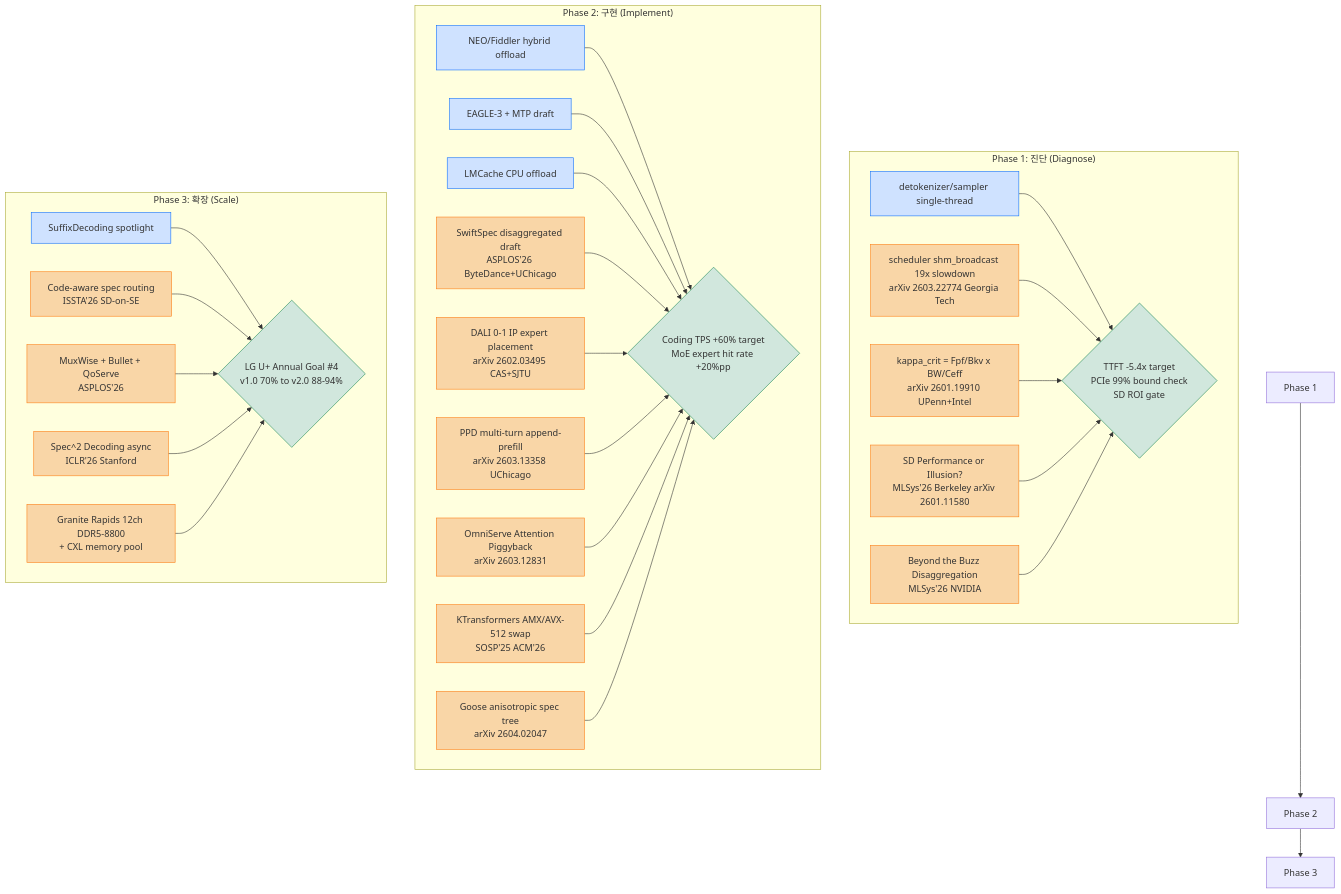
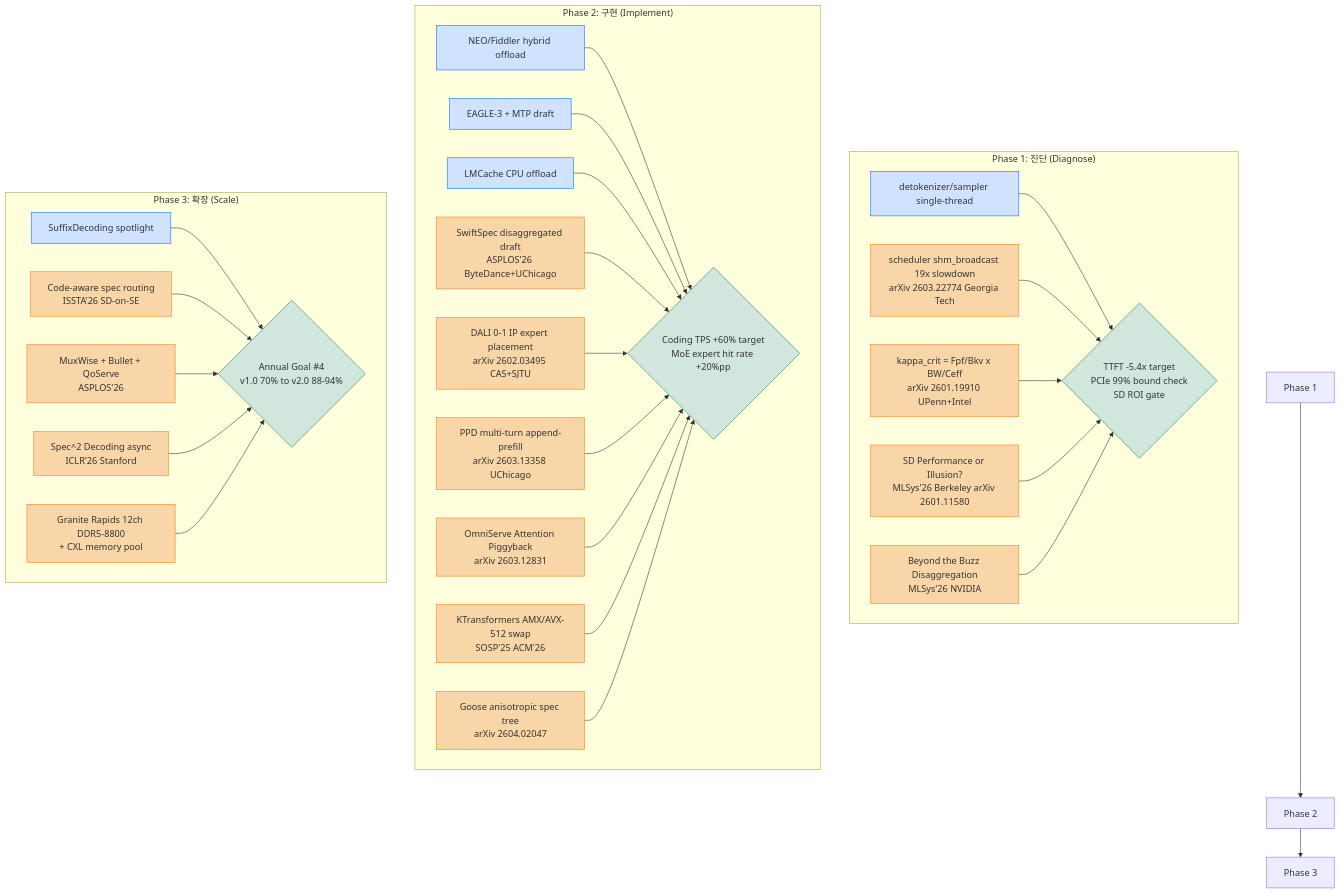
The first of 2 diagrams in spec_decoding/idea/spec_decoding_idea.md (mystous/vllm_hybrid), drawn with Mermaid before and after one commit. The commit also changed other lines of this file, not shown here.

````diff
--- a/spec_decoding/idea/spec_decoding_idea.md
+++ b/spec_decoding/idea/spec_decoding_idea.md
@@ -380,58 +380,58 @@
 ```mermaid
 graph TB
     classDef v10 fill:#cfe2ff,stroke:#0d6efd
     classDef v20new fill:#f9d6a7,stroke:#fd7e14
     classDef measure fill:#d1e7dd,stroke:#198754
 
     subgraph "Phase 1: 진단 (Diagnose)"
         D1[detokenizer/sampler single-thread]:::v10
         D2[scheduler shm_broadcast 19x slowdown<br/>arXiv 2603.22774 Georgia Tech]:::v20new
         D3[kappa_crit = Fpf/Bkv x BW/Ceff<br/>arXiv 2601.19910 UPenn+Intel]:::v20new
         D4[SD Performance or Illusion?<br/>MLSys'26 Berkeley arXiv 2601.11580]:::v20new
         D5[Beyond the Buzz Disaggregation<br/>MLSys'26 NVIDIA]:::v20new
         M1{TTFT -5.4x target<br/>PCIe 99% bound check<br/>SD ROI gate}:::measure
         D1 --> M1
         D2 --> M1
         D3 --> M1
         D4 --> M1
         D5 --> M1
     end
 
     subgraph "Phase 2: 구현 (Implement)"
         I1[NEO/Fiddler hybrid offload]:::v10
         I2[EAGLE-3 + MTP draft]:::v10
         I3[LMCache CPU offload]:::v10
         I4[SwiftSpec disaggregated draft<br/>ASPLOS'26 ByteDance+UChicago]:::v20new
         I5[DALI 0-1 IP expert placement<br/>arXiv 2602.03495 CAS+SJTU]:::v20new
         I6[PPD multi-turn append-prefill<br/>arXiv 2603.13358 UChicago]:::v20new
         I7[OmniServe Attention Piggyback<br/>arXiv 2603.12831]:::v20new
         I8[KTransformers AMX/AVX-512 swap<br/>SOSP'25 ACM'26]:::v20new
         I9[Goose anisotropic spec tree<br/>arXiv 2604.02047]:::v20new
         M2{Coding TPS +60% target<br/>MoE expert hit rate +20%pp}:::measure
         I1 --> M2
         I2 --> M2
         I3 --> M2
         I4 --> M2
         I5 --> M2
         I6 --> M2
         I7 --> M2
         I8 --> M2
         I9 --> M2
     end
 
     subgraph "Phase 3: 확장 (Scale)"
         S1[SuffixDecoding spotlight]:::v10
         S2[Code-aware spec routing<br/>ISSTA'26 SD-on-SE]:::v20new
         S3[MuxWise + Bullet + QoServe<br/>ASPLOS'26]:::v20new
         S4[Spec^2 Decoding async<br/>ICLR'26 Stanford]:::v20new
         S5[Granite Rapids 12ch DDR5-8800<br/>+ CXL memory pool]:::v20new
-        M3{LG U+ Annual Goal #4<br/>v1.0 70% to v2.0 88-94%}:::measure
+        M3{  Annual Goal #4<br/>v1.0 70% to v2.0 88-94%}:::measure
         S1 --> M3
         S2 --> M3
         S3 --> M3
         S4 --> M3
         S5 --> M3
     end
 
     Phase1[Phase 1] --> Phase2[Phase 2] --> Phase3[Phase 3]
 ```
````
